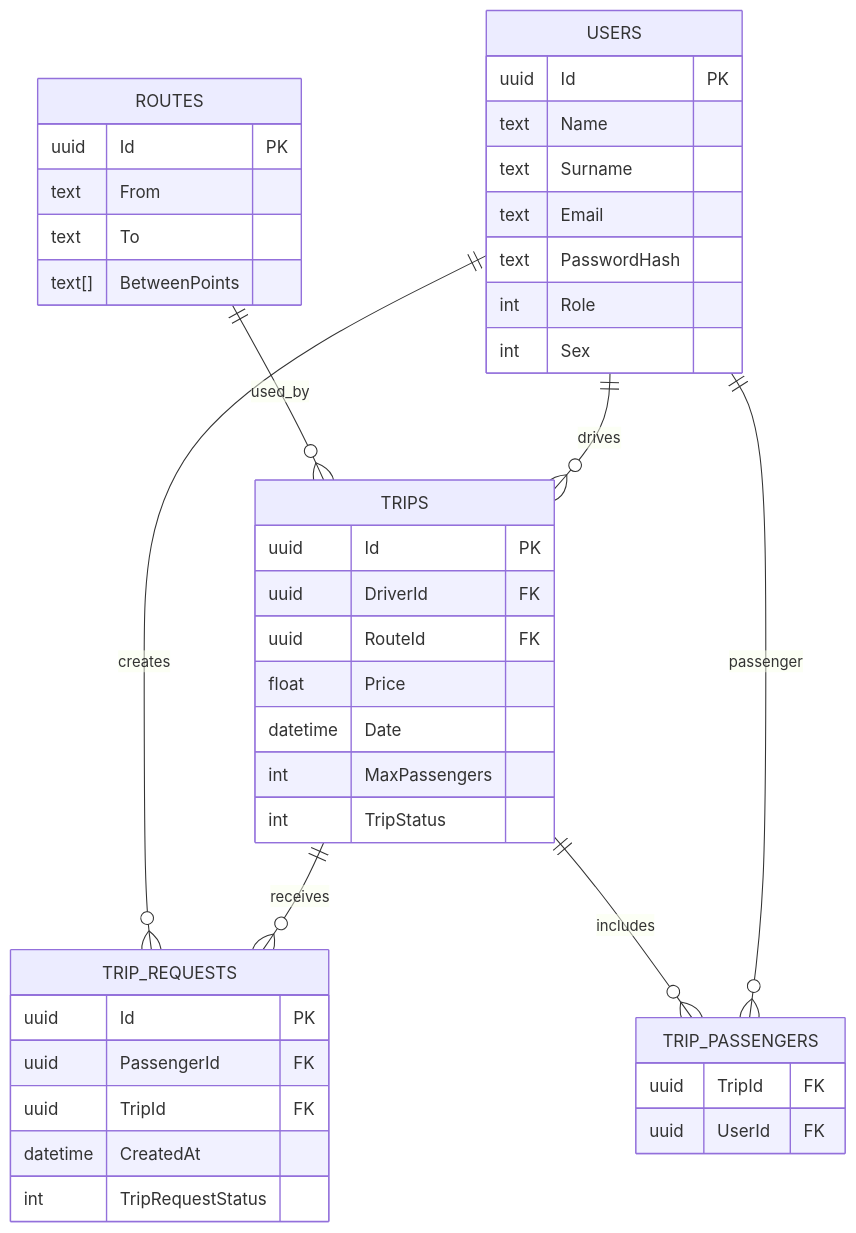
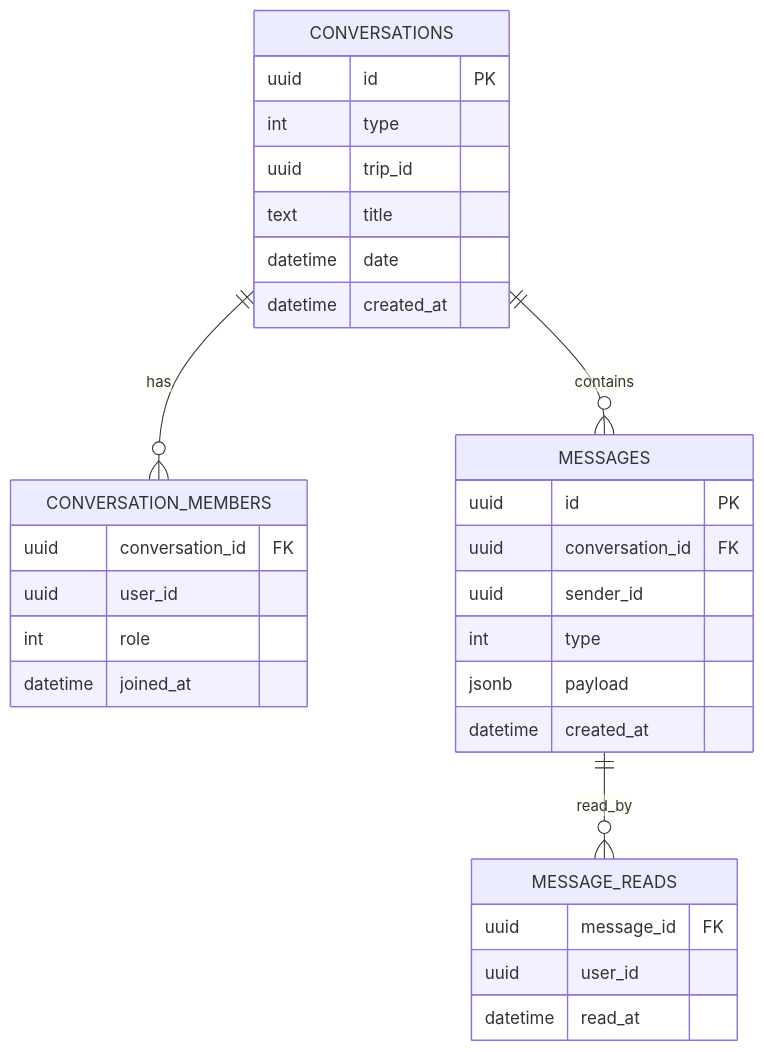
The fourth of 4 diagrams in docs/db-schema.md (Lukasz921/RoadTripPullUp), drawn with Mermaid before and after one commit. The commit also changed other lines of this file and 6 other files, not shown here.

````diff
--- a/docs/db-schema.md
+++ b/docs/db-schema.md
@@ -3,49 +99,37 @@
 ```mermaid
 erDiagram
-    USERS {
-        uuid Id PK
-        text Name
-        text Surname
-        text Email
-        text PasswordHash
-        int Role
-        int Sex
+    CONVERSATIONS {
+        uuid id PK
+        int type
+        uuid trip_id
+        text title
+        datetime date
+        datetime created_at
     }
 
-    ROUTES {
-        uuid Id PK
-        text From
-        text To
-        text[] BetweenPoints
+    CONVERSATION_MEMBERS {
+        uuid conversation_id FK
+        uuid user_id
+        int role
+        datetime joined_at
     }
 
-    TRIPS {
-        uuid Id PK
-        uuid DriverId FK
-        uuid RouteId FK
-        float Price
-        datetime Date
-        int MaxPassengers
-        int TripStatus
+    MESSAGES {
+        uuid id PK
+        uuid conversation_id FK
+        uuid sender_id
+        int type
+        jsonb payload
+        datetime created_at
     }
 
-    TRIP_REQUESTS {
-        uuid Id PK
-        uuid PassengerId FK
-        uuid TripId FK
-        datetime CreatedAt
-        int TripRequestStatus
+    MESSAGE_READS {
+        uuid message_id FK
+        uuid user_id
+        datetime read_at
     }
 
-    TRIP_PASSENGERS {
-        uuid TripId FK
-        uuid UserId FK
-    }
-
-    USERS ||--o{ TRIPS : drives
-    ROUTES ||--o{ TRIPS : used_by
-    TRIPS ||--o{ TRIP_REQUESTS : receives
-    USERS ||--o{ TRIP_REQUESTS : creates
-    USERS ||--o{ TRIP_PASSENGERS : passenger
-    TRIPS ||--o{ TRIP_PASSENGERS : includes
+    CONVERSATIONS ||--o{ CONVERSATION_MEMBERS : has
+    CONVERSATIONS ||--o{ MESSAGES : contains
+    MESSAGES ||--o{ MESSAGE_READS : read_by
 ```
````
